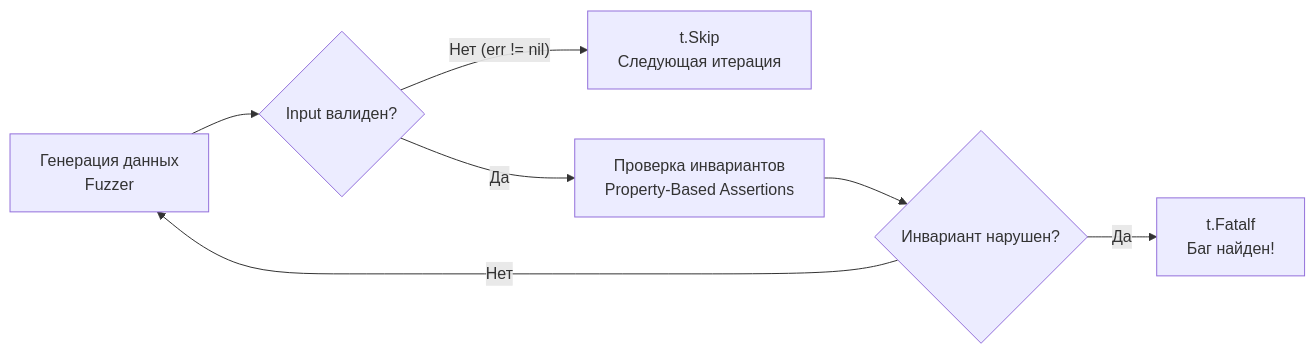
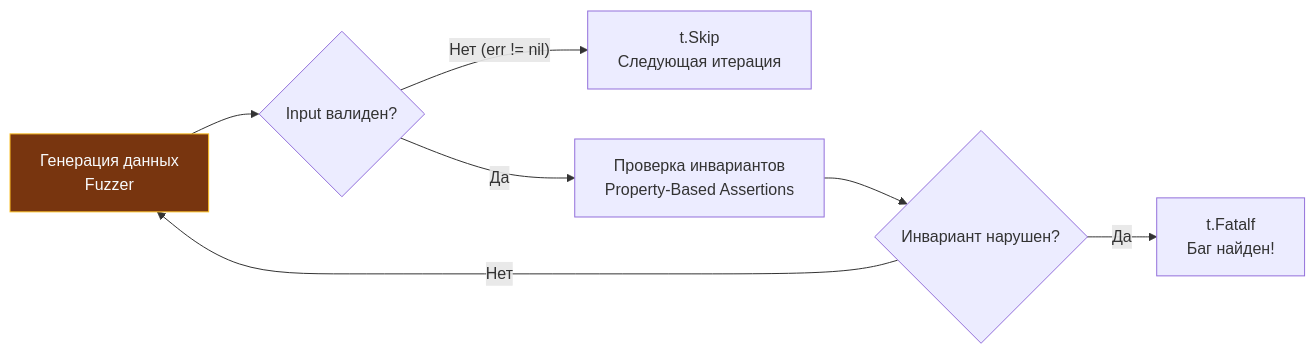
Before and after one commit to UnrealTemplier/go-textbook: the diagram in sources/15. Тестирование в Go (QA & Testing)/08. Фаззинг/2. Property based testing.md, drawn with Mermaid. The commit also changed 1666 other files, not shown here.

First line of the commit message:
feat(mermaid): add semantic color classDef to 1369 colorless flowchart/graph diagrams

````diff
--- a/sources/15. Тестирование в Go (QA & Testing)/08. Фаззинг/2. Property based testing.md
+++ b/sources/15. Тестирование в Go (QA & Testing)/08. Фаззинг/2. Property based testing.md
@@ -162,9 +162,19 @@
 ```mermaid
 flowchart LR
-    A["Генерация данных<br>Fuzzer"] --> B{"Input валиден?"}
+    classDef process  fill:#1e293b,stroke:#38bdf8,stroke-width:1px,color:#f8fafc
+    classDef success  fill:#064e3b,stroke:#34d399,stroke-width:1px,color:#f8fafc
+    classDef error    fill:#7f1d1d,stroke:#f87171,stroke-width:1px,color:#f8fafc
+    classDef warning  fill:#78350f,stroke:#fbbf24,stroke-width:1px,color:#f8fafc
+    classDef entry    fill:#1e3a5f,stroke:#38bdf8,stroke-width:2px,color:#f8fafc
+    classDef aux      fill:#334155,stroke:#64748b,stroke-width:1px,color:#f8fafc
+    classDef system   fill:#312e81,stroke:#a78bfa,stroke-width:1px,color:#f8fafc
+    classDef data     fill:#132d29,stroke:#2dd4bf,stroke-width:1px,color:#f8fafc
+    classDef network  fill:#881337,stroke:#fb7185,stroke-width:1px,color:#f8fafc
+    classDef accent   fill:#1e1b4b,stroke:#818cf8,stroke-width:1px,color:#f8fafc
+    A["Генерация данных<br>Fuzzer"]:::warning --> B{"Input валиден?"}
     B -->|"Нет (err != nil)"| C["t.Skip<br>Следующая итерация"]
     B -->|"Да"| D["Проверка инвариантов<br>Property-Based Assertions"]
     D --> E{"Инвариант нарушен?"}
     E -->|"Да"| F["t.Fatalf<br>Баг найден!"]
     E -->|"Нет"| A
 ```
````
